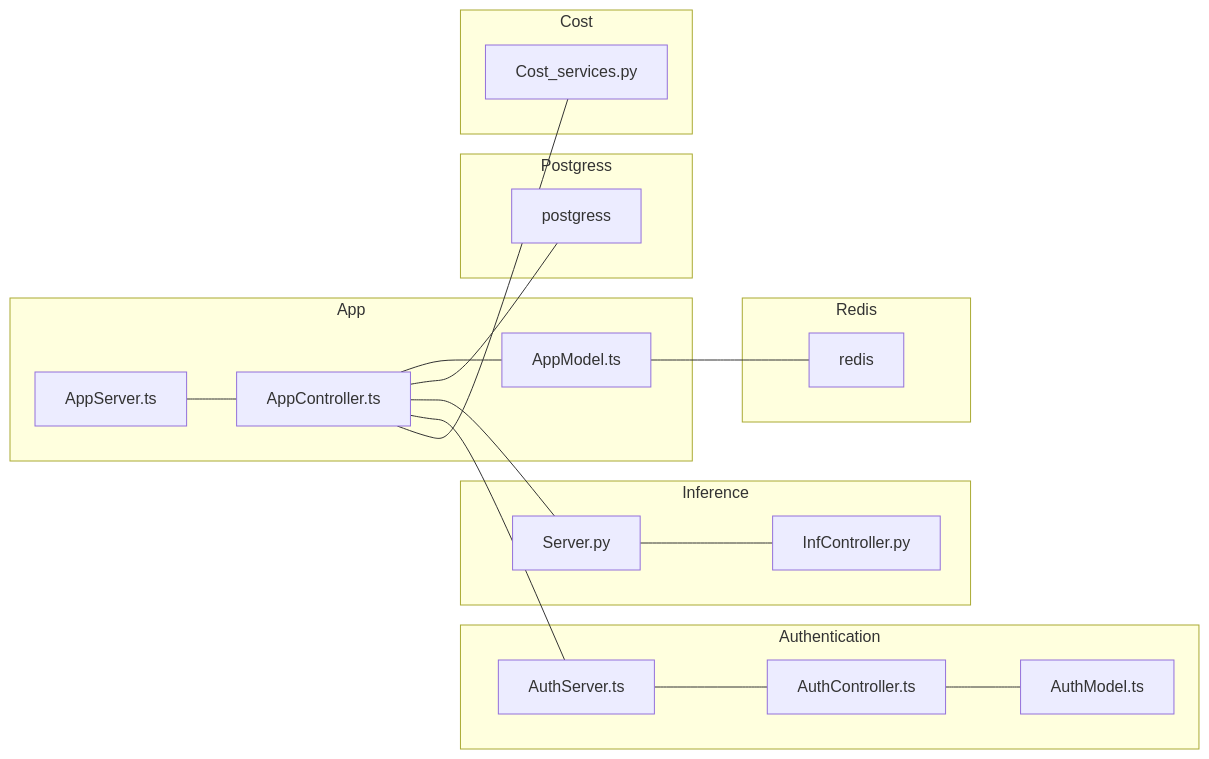
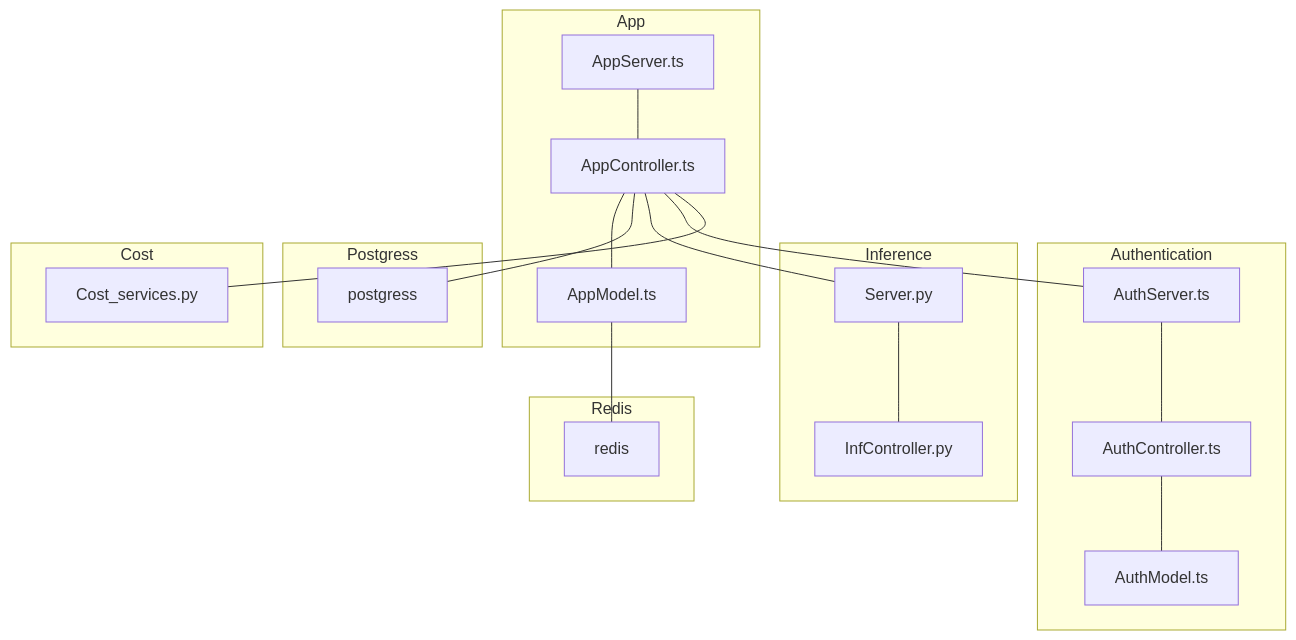
Before and after one commit to AgneseBruglia/PA2024: the second of 16 diagrams in README.md, drawn with Mermaid.

````diff
--- a/README.md
+++ b/README.md
@@ -54,39 +54,39 @@
 ```mermaid
-graph LR;
+graph TB;
 
     subgraph Redis
     redis
     end
 
     subgraph Authentication
     AuthServer.ts --- AuthController.ts
     AuthController.ts 
     AuthModel.ts 
     AuthController.ts --- AuthModel.ts
     end
 
     subgraph Inference
     Server.py --- InfController.py
     InfController.py
     end
 
     subgraph App
     AppServer.ts --- AppController.ts
     AppController.ts --- AppModel.ts
     end
 
     subgraph Postgress
     postgress
     end
 
     subgraph Cost
     Cost_services.py
     end
 
     AppModel.ts --- redis
     AppController.ts --- postgress
     AppController.ts --- Server.py
     AppController.ts --- AuthServer.ts
     AppController.ts --- Cost_services.py
 
 ```
````
